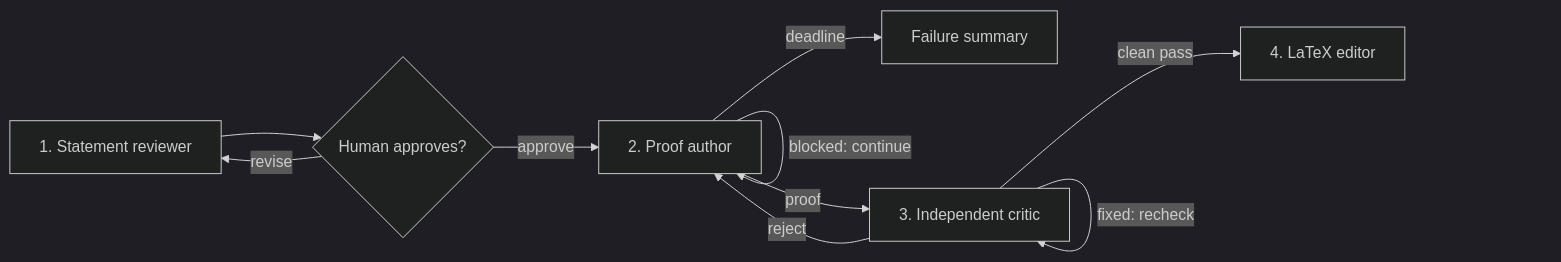
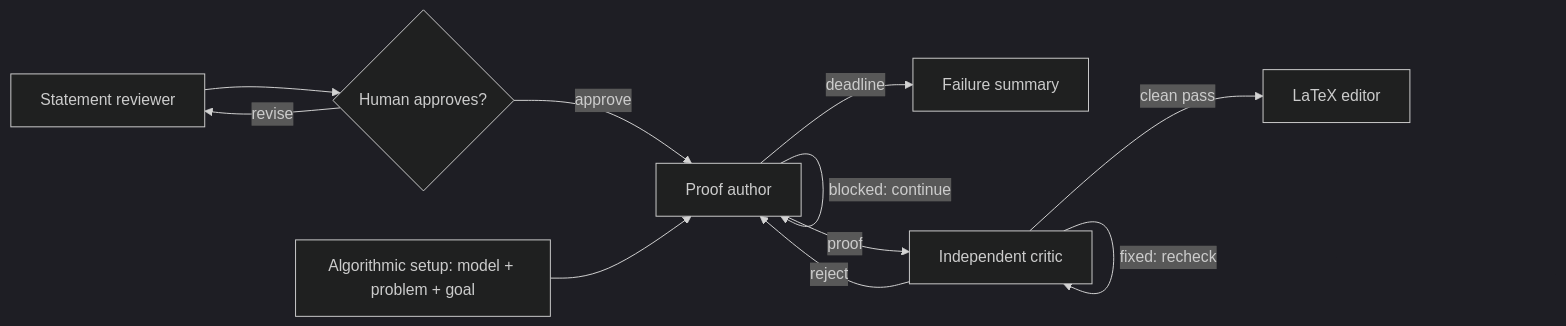
The diagram in README.md (yonggangjiang/tcs-prover), drawn with Mermaid (dark theme) before and after one commit. The commit also changed other lines of this file and 9 other files, not shown here.

````diff
--- a/README.md
+++ b/README.md
@@ -36,12 +40,13 @@
 ```mermaid
 flowchart LR
-    S["1. Statement reviewer"] --> H{"Human approves?"}
+    S["Statement reviewer"] --> H{"Human approves?"}
     H -- "revise" --> S
-    H -- "approve" --> A["2. Proof author"]
+    H -- "approve" --> A["Proof author"]
+    I["Algorithmic setup: model + problem + goal"] --> A
     A -- "blocked: continue" --> A
     A -- "deadline" --> F["Failure summary"]
-    A -- "proof" --> C["3. Independent critic"]
+    A -- "proof" --> C["Independent critic"]
     C -- "reject" --> A
     C -- "fixed: recheck" --> C
-    C -- "clean pass" --> L["4. LaTeX editor"]
+    C -- "clean pass" --> L["LaTeX editor"]
 ```
````
